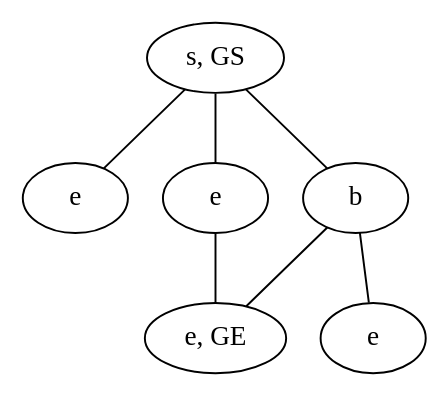
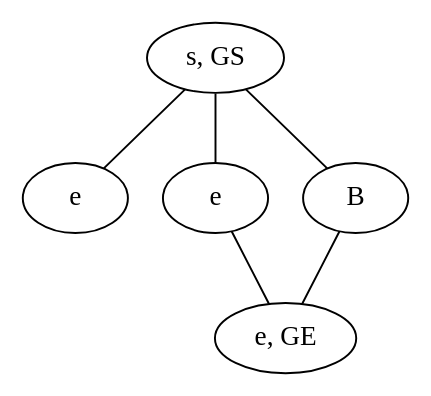
The diagram in data/VGLC/Zelda/rules/1/0_S-E.dot (schrum2/MM-NEAT), drawn with Graphviz before and after one commit. The commit also changed 34 other files, not shown here.

```diff
--- a/data/VGLC/Zelda/rules/1/0_S-E.dot
+++ b/data/VGLC/Zelda/rules/1/0_S-E.dot
@@ -1,14 +1,12 @@
 graph {
-mAzP [label="s, GS"]
-tWQZ [label="e, GE"]
-TuQU [label="e"]
-JRIr [label="e"]
-PHOh [label="b"]
-cCDp [label="e"]
-mAzP -- TuQU
-mAzP -- JRIr
-mAzP -- PHOh
-JRIr -- tWQZ
-PHOh -- cCDp
-PHOh -- tWQZ
+pbar [label="s, GS"]
+CpeR [label="e, GE"]
+UxhC [label="e"]
+VExy [label="e"]
+Qmhq [label="B"]
+pbar -- UxhC
+pbar -- VExy
+pbar -- Qmhq
+VExy -- CpeR
+Qmhq -- CpeR
 }
```
